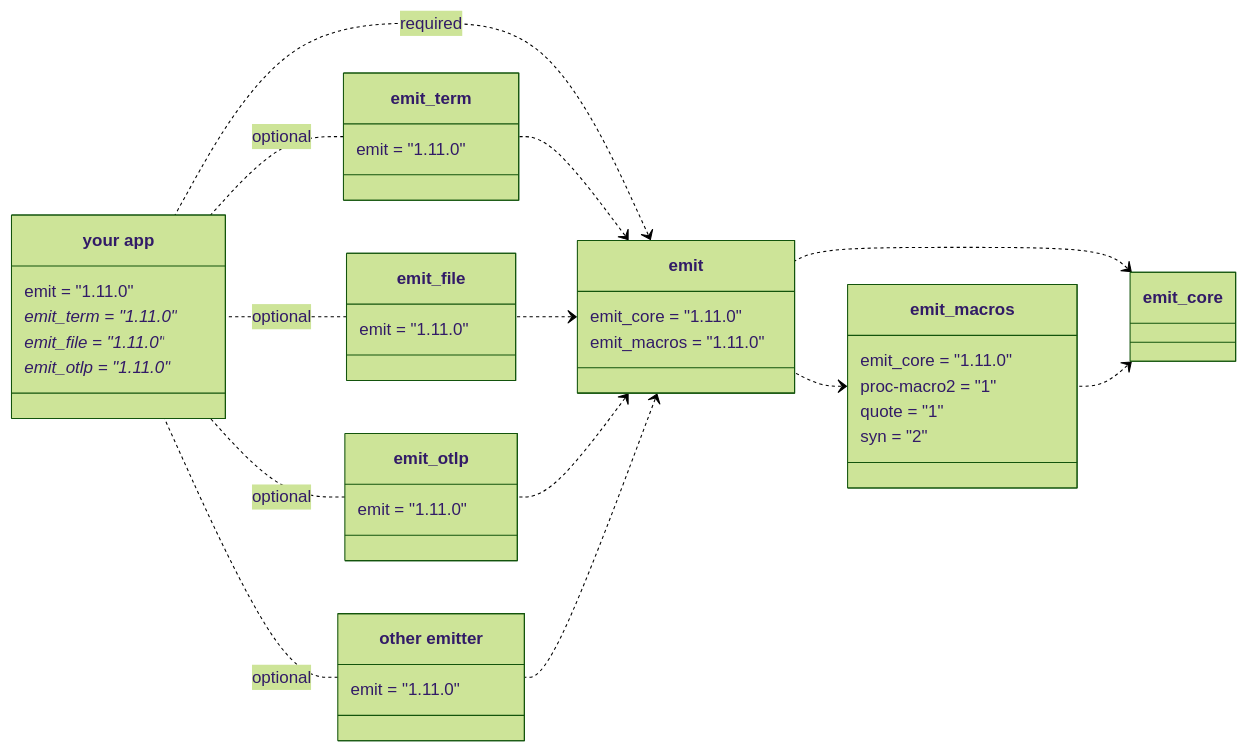
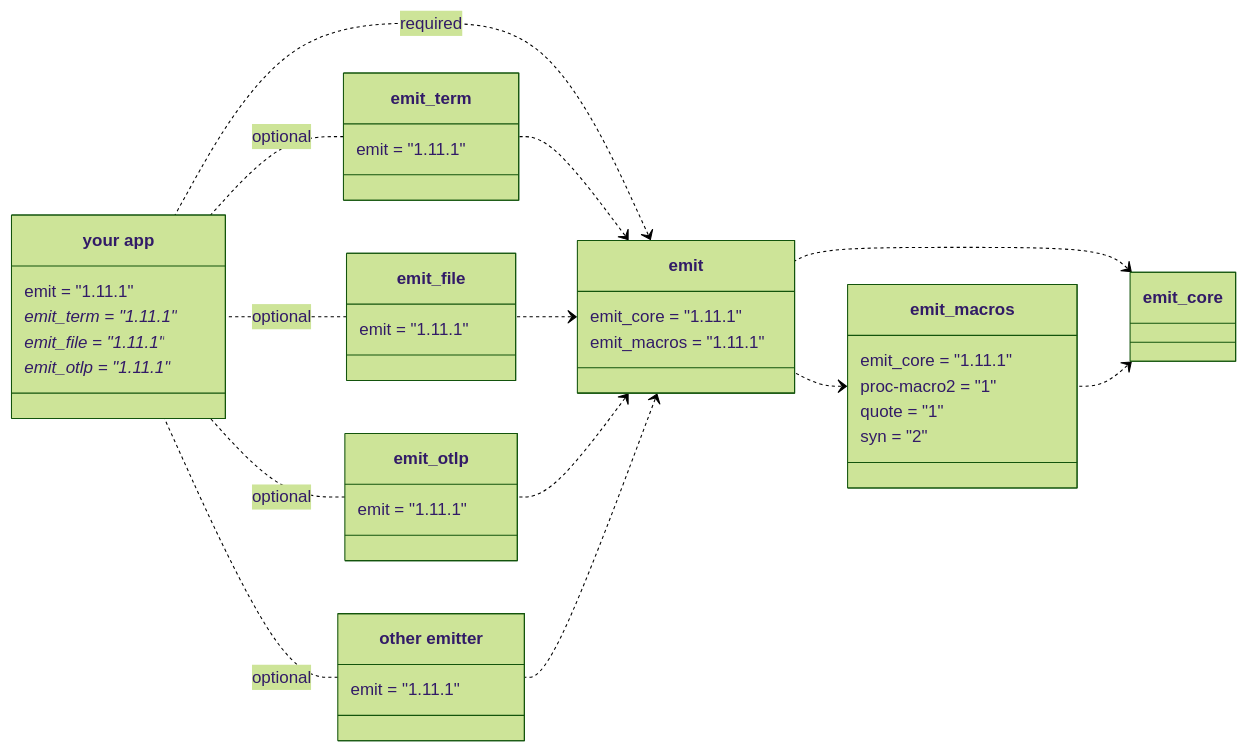
One commit to emit-rs/emit changed the first of 5 diagrams in book/src/reference/architecture.md. Above: the diagram before and after it, drawn with Mermaid (forest theme). The commit also changed other lines of this file and 62 other files, not shown here.

````diff
--- a/book/src/reference/architecture.md
+++ b/book/src/reference/architecture.md
@@ -9,62 +9,62 @@
 ```mermaid
 classDiagram
     direction RL
     
     emit_core <.. emit_macros
     emit_core <.. emit
     emit_macros <.. emit
 
     class emit_macros {
-        emit_core = "1.11.0"
+        emit_core = "1.11.1"
         proc-macro2 = "1"
         quote = "1"
         syn = "2"
     }
 
     emit <.. emit_term
     emit <.. emit_file
     emit <.. emit_otlp
     emit <.. emit_custom
 
     emit <.. app : required
 
     class emit {
-        emit_core = "1.11.0"
-        emit_macros = "1.11.0"
+        emit_core = "1.11.1"
+        emit_macros = "1.11.1"
     }
 
     emit_term .. app : optional
     emit_file .. app : optional
     emit_otlp .. app : optional
     emit_custom .. app : optional
 
     class emit_term {
-        emit = "1.11.0"
+        emit = "1.11.1"
     }
 
     class emit_file {
-        emit = "1.11.0"
+        emit = "1.11.1"
     }
 
     class emit_otlp {
-        emit = "1.11.0"
+        emit = "1.11.1"
     }
 
     class emit_custom["other emitter"] {
-        emit = "1.11.0"
+        emit = "1.11.1"
     }
 
     class app["your app"] {
-        emit = "1.11.0"
-        emit_term = "1.11.0"*
-        emit_file = "1.11.0"*
-        emit_otlp = "1.11.0"*
+        emit = "1.11.1"
+        emit_term = "1.11.1"*
+        emit_file = "1.11.1"*
+        emit_otlp = "1.11.1"*
     }
 
-    click emit_core href "https://docs.rs/emit_core/1.11.0/emit_core/index.html"
-    click emit_macros href "https://docs.rs/emit_macros/1.11.0/emit_macros/index.html"
-    click emit href "https://docs.rs/emit/1.11.0/emit/index.html"
-    click emit_term href "https://docs.rs/emit_term/1.11.0/emit_term/index.html"
-    click emit_file href "https://docs.rs/emit_file/1.11.0/emit_file/index.html"
-    click emit_otlp href "https://docs.rs/emit_otlp/1.11.0/emit_otlp/index.html"
+    click emit_core href "https://docs.rs/emit_core/1.11.1/emit_core/index.html"
+    click emit_macros href "https://docs.rs/emit_macros/1.11.1/emit_macros/index.html"
+    click emit href "https://docs.rs/emit/1.11.1/emit/index.html"
+    click emit_term href "https://docs.rs/emit_term/1.11.1/emit_term/index.html"
+    click emit_file href "https://docs.rs/emit_file/1.11.1/emit_file/index.html"
+    click emit_otlp href "https://docs.rs/emit_otlp/1.11.1/emit_otlp/index.html"
 ```
````
